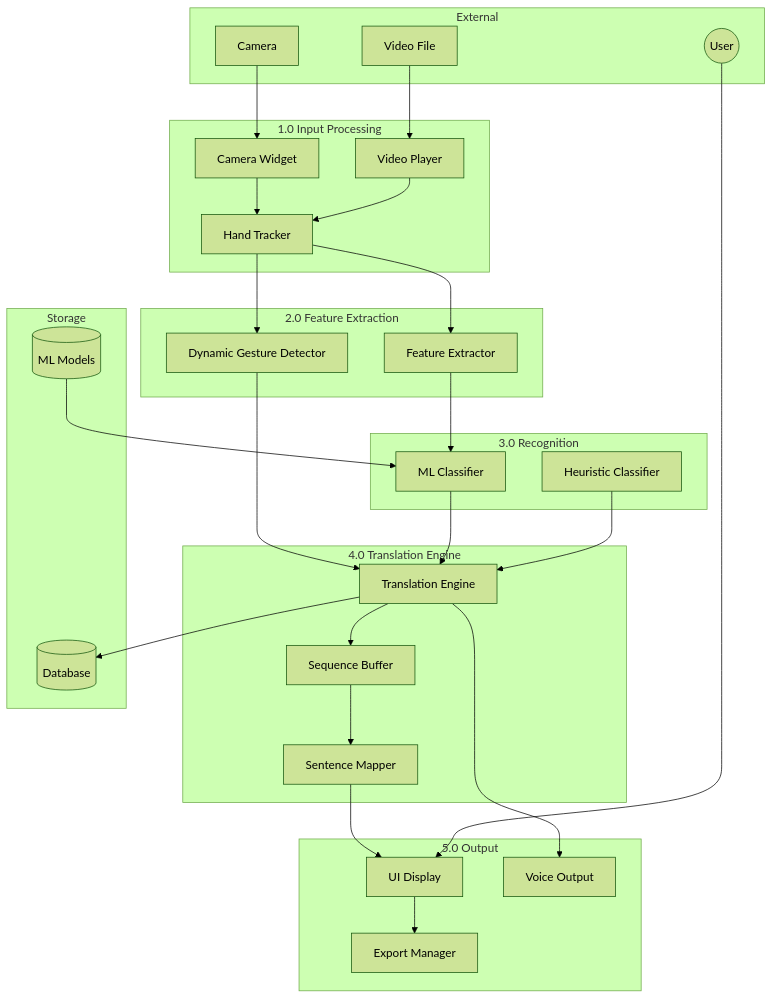
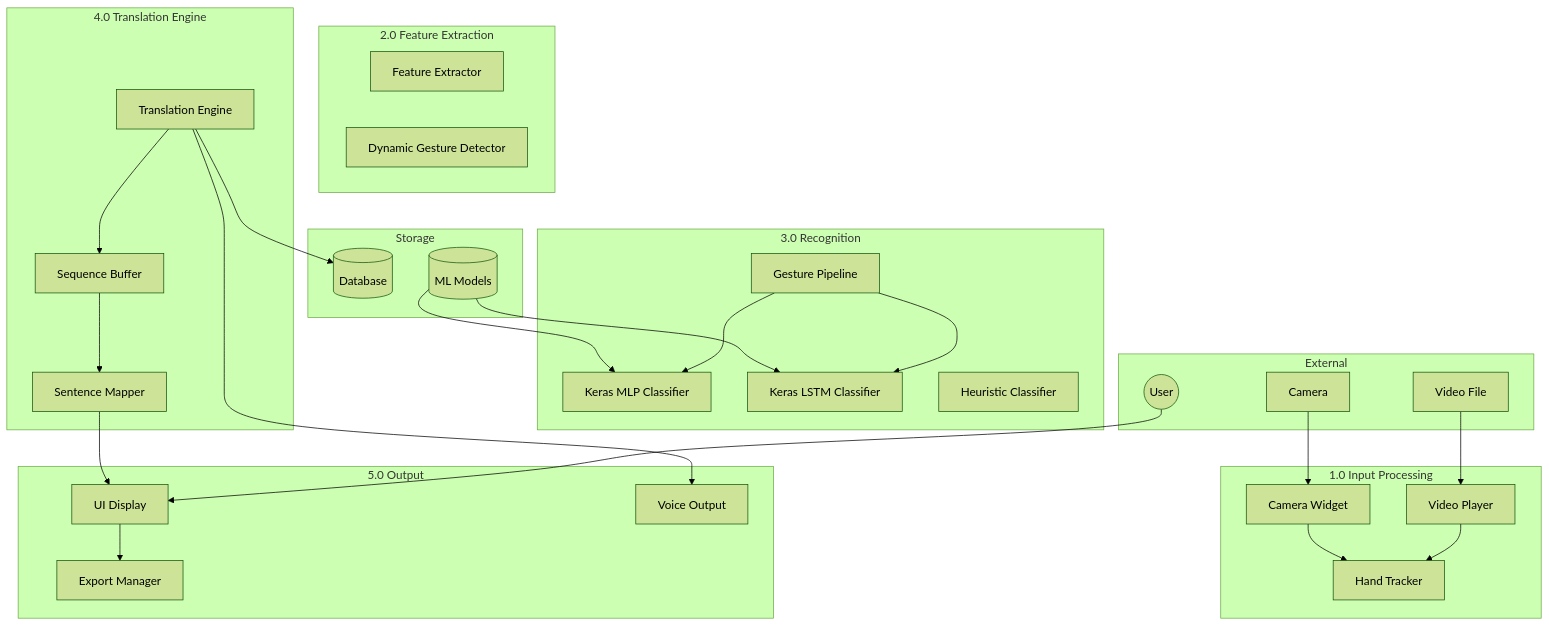
Before and after one commit to neeer4j/EmoSign: the fourth of 10 diagrams in DIAGRAMS.md, drawn with Mermaid (forest theme). The commit also changed other lines of this file and 40 other files, not shown here.

Commit message:
Migration to TensorFlow/Keras pipeline, 63-feature landmark normalization, dynamic recording fixes, and tutorial UI enhancements

````diff
--- a/DIAGRAMS.md
+++ b/DIAGRAMS.md
@@ -118,54 +118,55 @@
 ```mermaid
 flowchart TB
     subgraph External
         U((User))
         CAM[Camera]
         VID[Video File]
     end
     
     subgraph "1.0 Input Processing"
         P1[Camera Widget]
         P2[Video Player]
         P3[Hand Tracker]
     end
     
     subgraph "2.0 Feature Extraction"
         P4[Feature Extractor]
         P5[Dynamic Gesture Detector]
     end
     
     subgraph "3.0 Recognition"
-        P6[ML Classifier]
-        P7[Heuristic Classifier]
+        P6[Keras MLP Classifier]
+        P7[Keras LSTM Classifier]
+        P14[Gesture Pipeline]
+        P15[Heuristic Classifier]
     end
     
     subgraph "4.0 Translation Engine"
         P8[Sequence Buffer]
         P9[Sentence Mapper]
         P10[Translation Engine]
     end
     
     subgraph "5.0 Output"
         P11[UI Display]
         P12[Voice Output]
         P13[Export Manager]
     end
     
     subgraph Storage
         DB[(Database)]
         ML[(ML Models)]
     end
     
     CAM --> P1 --> P3
     VID --> P2 --> P3
-    P3 --> P4 --> P6
-    P3 --> P5 --> P10
-    P6 --> P10
-    P7 --> P10
     ML --> P6
+    ML --> P7
+    P14 --> P6
+    P14 --> P7
     P10 --> P8 --> P9 --> P11
     P10 --> P12
     P11 --> P13
     P10 --> DB
     U --> P11
 ```
````
